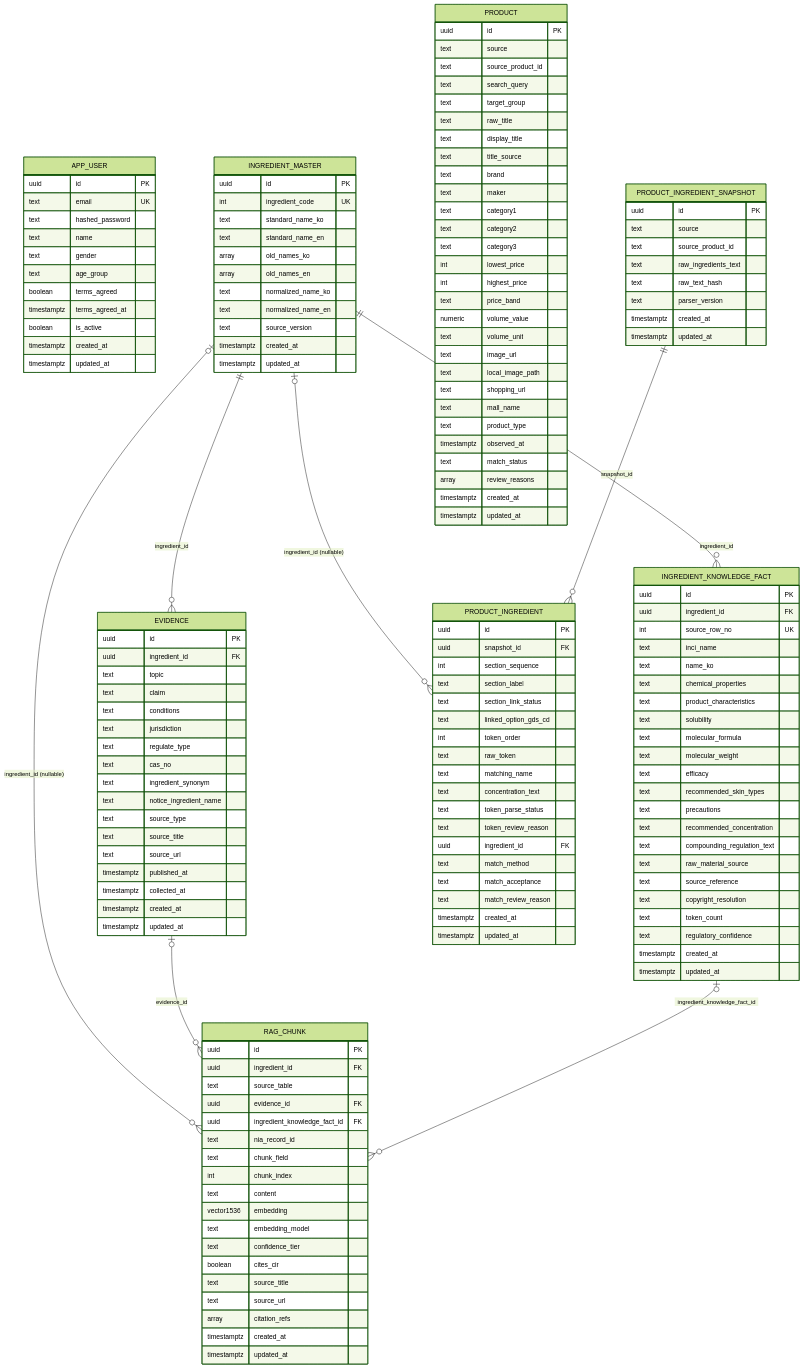
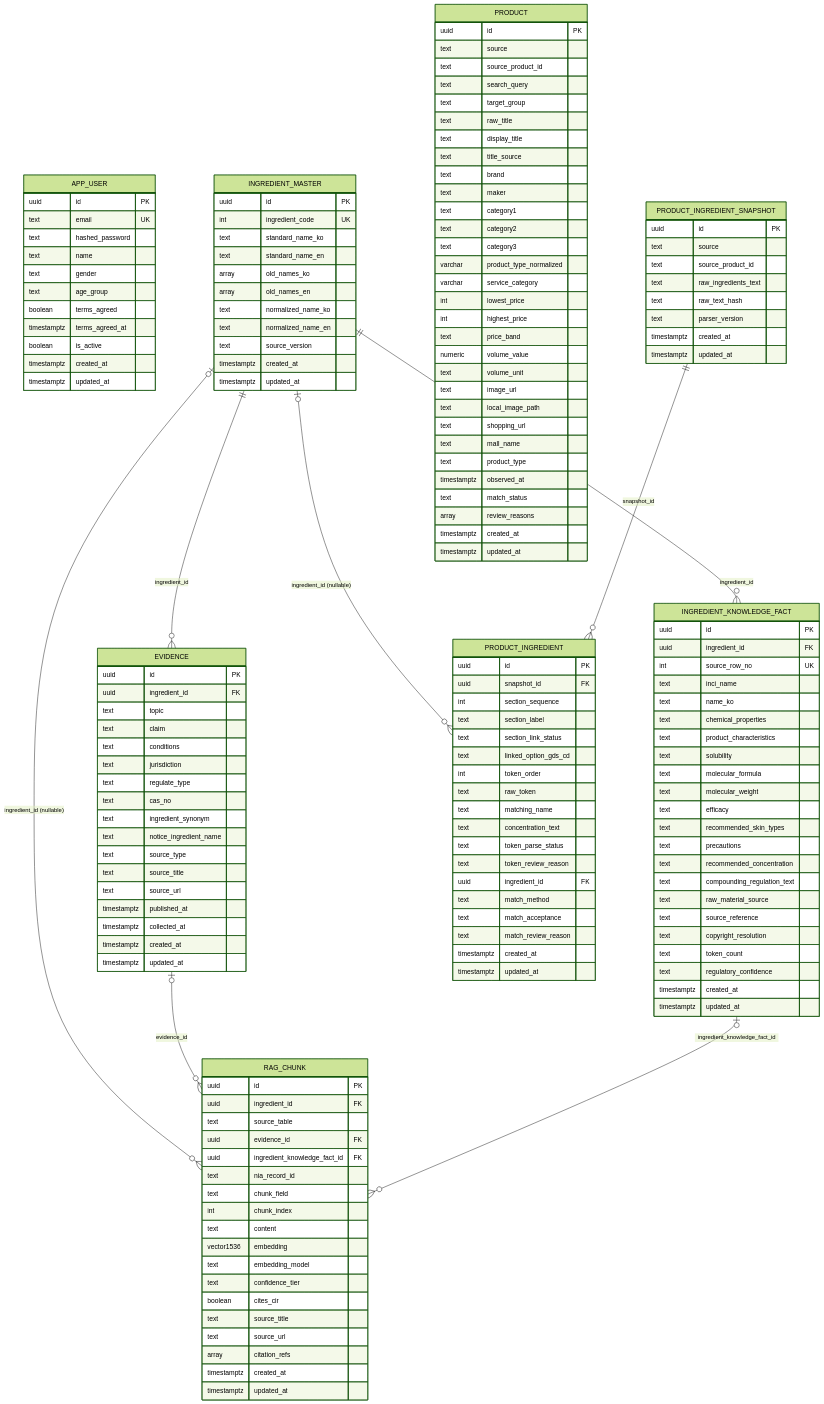
One commit to gawonm/skincare changed the diagram in docs/erd/app.md. Above: the diagram before and after it, drawn with Mermaid (forest theme). The commit also changed other lines of this file and 7 other files, not shown here.

```diff
--- a/docs/erd/app.md
+++ b/docs/erd/app.md
@@ -98,6 +98,8 @@
         text category1
         text category2
         text category3
+        varchar product_type_normalized
+        varchar service_category
         int lowest_price
         int highest_price
         text price_band
```
